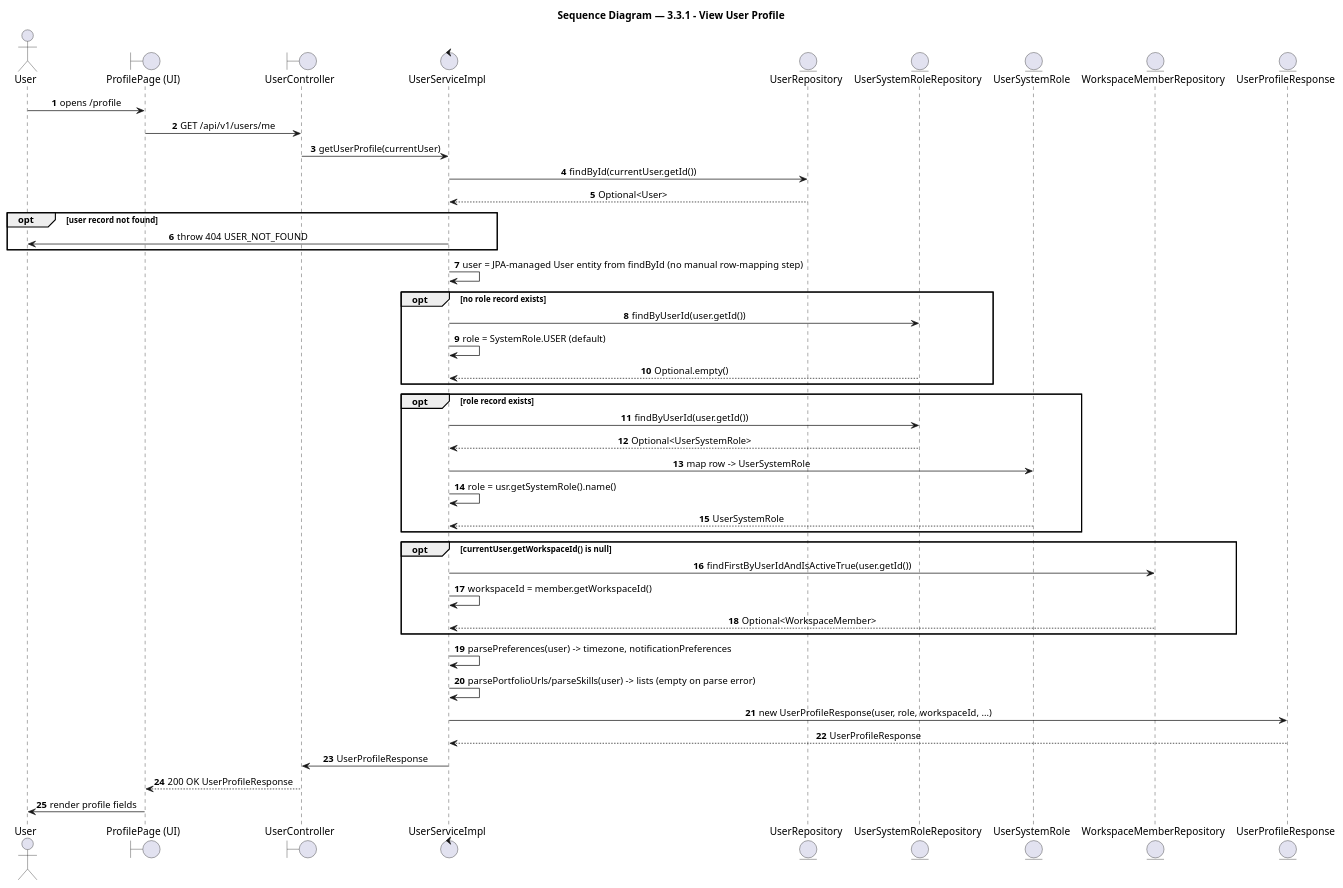
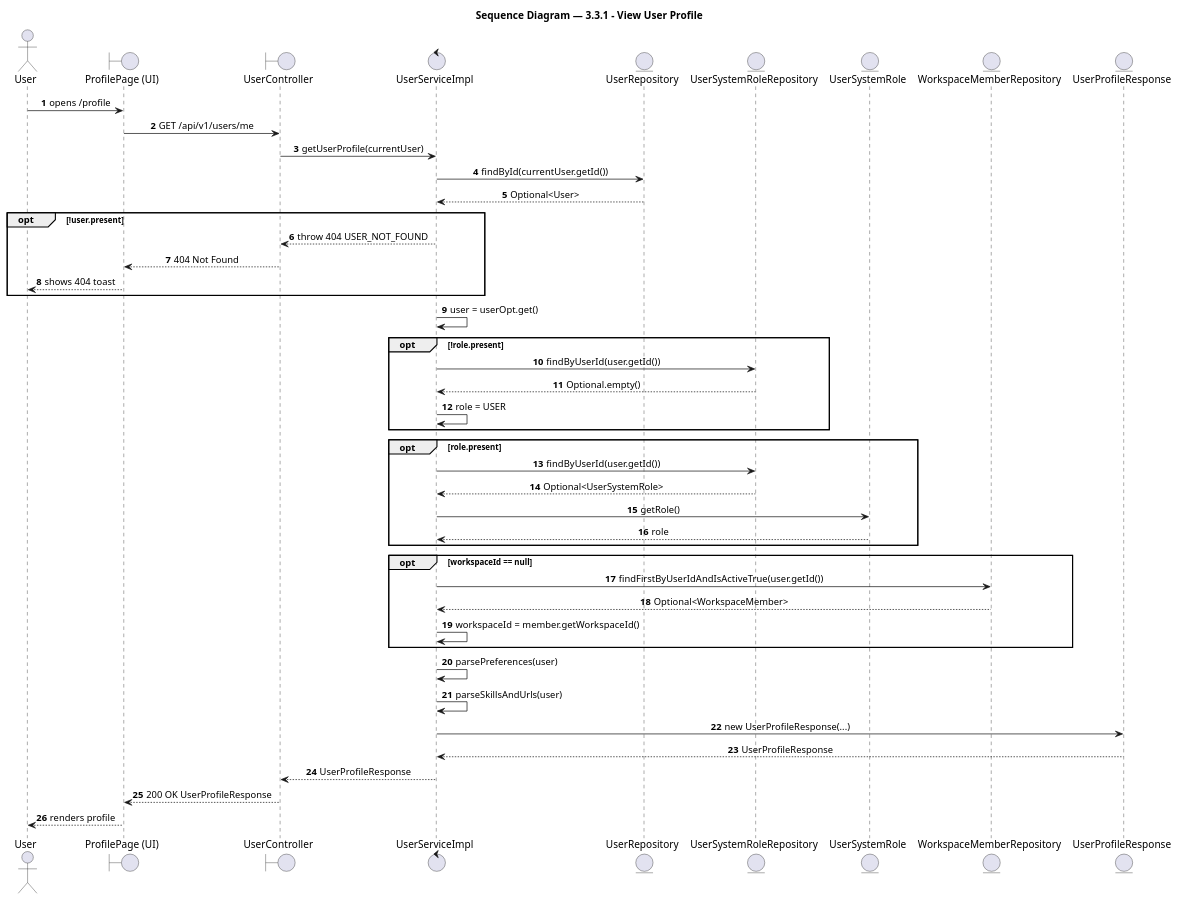
The diagram in docs/feature/profile/3-3-1-view-user-profile/report4_sequence.puml (BrandHubOrganization/brandhub-infrastructure), drawn with PlantUML before and after one commit. The commit also changed 33 other files, not shown here.

Commit message:
docs: add PlantUML sequence diagrams and class diagrams for agency workspace and profile features

```diff
--- a/docs/feature/profile/3-3-1-view-user-profile/report4_sequence.puml
+++ b/docs/feature/profile/3-3-1-view-user-profile/report4_sequence.puml
@@ -1,56 +1,57 @@
 @startuml 3.3.1 - View User Profile
 title Sequence Diagram — 3.3.1 - View User Profile
 
 autonumber
 skinparam shadowing false
 skinparam sequenceMessageAlign center
 skinparam BoxPadding 10
 skinparam ParticipantPadding 10
 
 ' === Participants ===
 actor "User" as user
 boundary "ProfilePage (UI)" as profilepage_ui
 boundary "UserController" as usercontroller
 control "UserServiceImpl" as userserviceimpl
 entity "UserRepository" as userrepository
 entity "UserSystemRoleRepository" as usersystemrolerepository
 entity "UserSystemRole" as usersystemrole
 entity "WorkspaceMemberRepository" as workspacememberrepository
 entity "UserProfileResponse" as userprofileresponse
 
 ' === Flow ===
 user -> profilepage_ui: opens /profile
 profilepage_ui -> usercontroller: GET /api/v1/users/me
 usercontroller -> userserviceimpl: getUserProfile(currentUser)
 userserviceimpl -> userrepository: findById(currentUser.getId())
 userrepository --> userserviceimpl: Optional<User>
-opt user record not found
-  userserviceimpl -> user: throw 404 USER_NOT_FOUND
+opt !user.present
+  userserviceimpl --> usercontroller: throw 404 USER_NOT_FOUND
+  usercontroller --> profilepage_ui: 404 Not Found
+  profilepage_ui --> user: shows 404 toast
 end
-userserviceimpl -> userserviceimpl: user = JPA-managed User entity from findById (no manual row-mapping step)
-opt no role record exists
+userserviceimpl -> userserviceimpl: user = userOpt.get()
+opt !role.present
   userserviceimpl -> usersystemrolerepository: findByUserId(user.getId())
-  userserviceimpl -> userserviceimpl: role = SystemRole.USER (default)
   usersystemrolerepository --> userserviceimpl: Optional.empty()
+  userserviceimpl -> userserviceimpl: role = USER
 end
-opt role record exists
+opt role.present
   userserviceimpl -> usersystemrolerepository: findByUserId(user.getId())
   usersystemrolerepository --> userserviceimpl: Optional<UserSystemRole>
-  userserviceimpl -> usersystemrole: map row -> UserSystemRole
-  userserviceimpl -> userserviceimpl: role = usr.getSystemRole().name()
-  usersystemrole --> userserviceimpl: UserSystemRole
+  userserviceimpl -> usersystemrole: getRole()
+  usersystemrole --> userserviceimpl: role
 end
-opt currentUser.getWorkspaceId() is null
+opt workspaceId == null
   userserviceimpl -> workspacememberrepository: findFirstByUserIdAndIsActiveTrue(user.getId())
+  workspacememberrepository --> userserviceimpl: Optional<WorkspaceMember>
   userserviceimpl -> userserviceimpl: workspaceId = member.getWorkspaceId()
-  workspacememberrepository --> userserviceimpl: Optional<WorkspaceMember>
 end
-userserviceimpl -> userserviceimpl: parsePreferences(user) -> timezone, notificationPreferences
-userserviceimpl -> userserviceimpl: parsePortfolioUrls/parseSkills(user) -> lists (empty on parse error)
-userserviceimpl -> userprofileresponse: new UserProfileResponse(user, role, workspaceId, ...)
+userserviceimpl -> userserviceimpl: parsePreferences(user)
+userserviceimpl -> userserviceimpl: parseSkillsAndUrls(user)
+userserviceimpl -> userprofileresponse: new UserProfileResponse(...)
 userprofileresponse --> userserviceimpl: UserProfileResponse
-userserviceimpl -> usercontroller: UserProfileResponse
+userserviceimpl --> usercontroller: UserProfileResponse
 usercontroller --> profilepage_ui: 200 OK UserProfileResponse
-profilepage_ui -> user: render profile fields
+profilepage_ui --> user: renders profile
 
 @enduml
```
